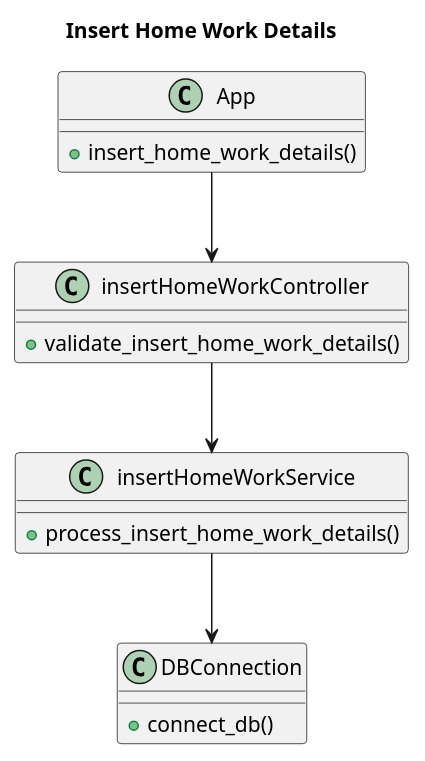
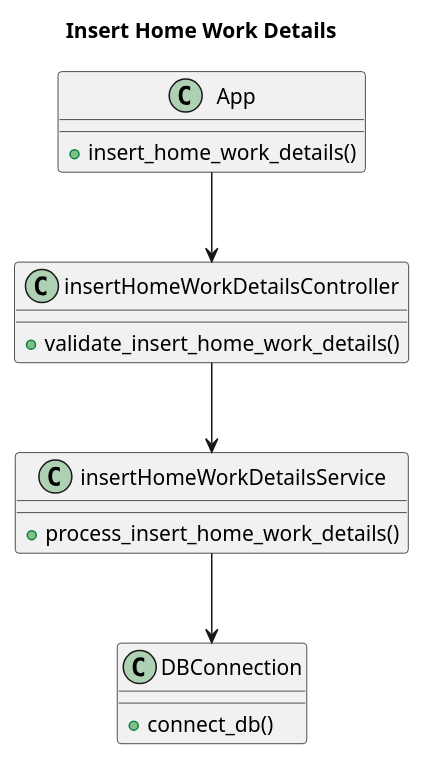
Before and after one commit to ManojKumarSreeram/Tution: the diagram in ClassDiagrams/insert_home_work_details.puml, drawn with PlantUML. The commit also changed 8 other files, not shown here.

```diff
--- a/ClassDiagrams/insert_home_work_details.puml
+++ b/ClassDiagrams/insert_home_work_details.puml
@@ -1,24 +1,24 @@
 @startuml ""
 title Insert Home Work Details 
 
 class App {
     +insert_home_work_details()
 }
 
-class insertHomeWorkController {
+class insertHomeWorkDetailsController {
     +validate_insert_home_work_details()
 }
 
-class insertHomeWorkService {
+class insertHomeWorkDetailsService {
     +process_insert_home_work_details()
 }
 
 class DBConnection {
     +connect_db()
 }
 
-App --> insertHomeWorkController
-insertHomeWorkController --> insertHomeWorkService 
-insertHomeWorkService --> DBConnection
+App --> insertHomeWorkDetailsController
+insertHomeWorkDetailsController --> insertHomeWorkDetailsService 
+insertHomeWorkDetailsService --> DBConnection
 
 @enduml
```
